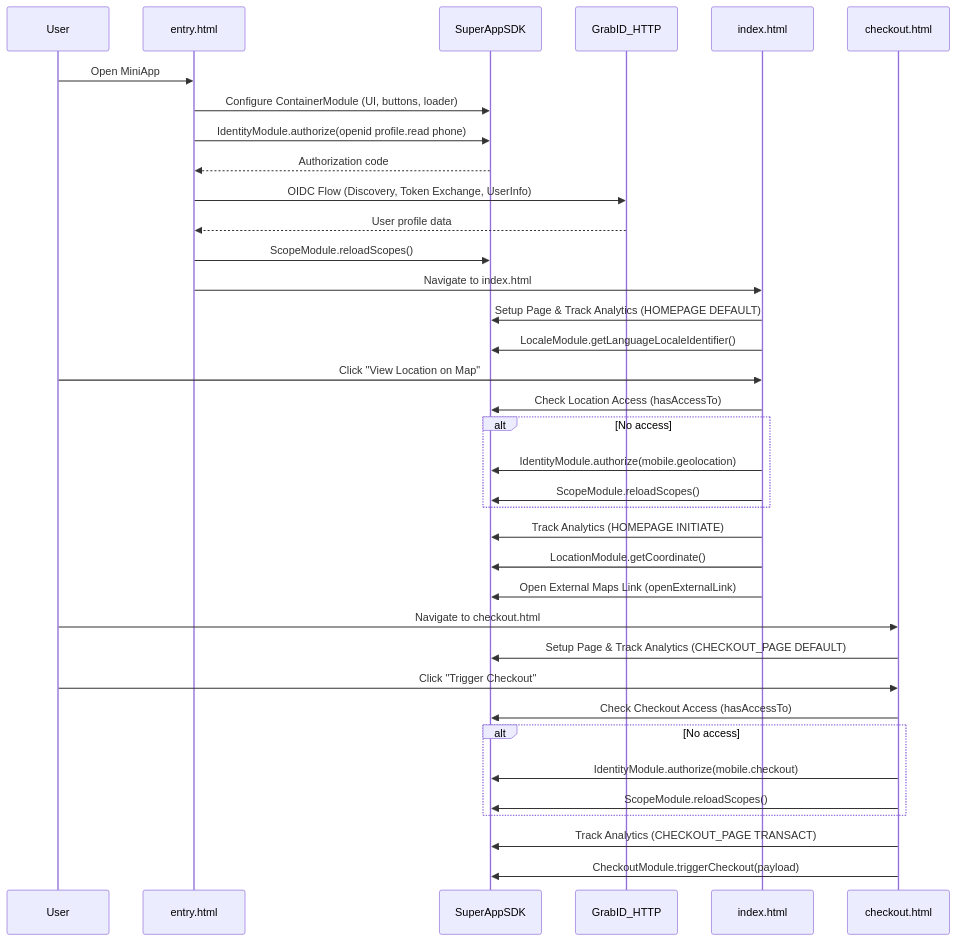
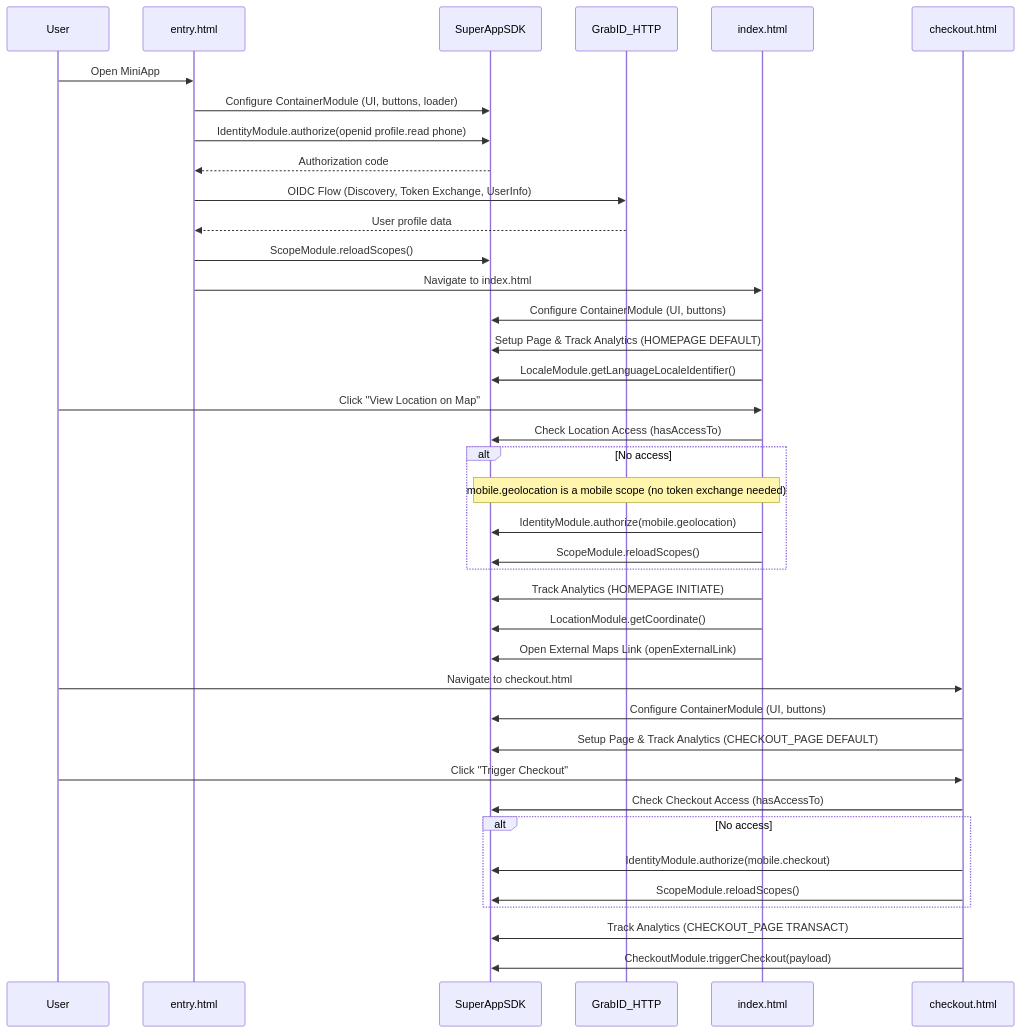
The diagram in demo/cdn/README.md (grab/superapp-sdk), drawn with Mermaid before and after one commit. The commit also changed 6 other files, not shown here.

````diff
--- a/demo/cdn/README.md
+++ b/demo/cdn/README.md
@@ -22,41 +22,44 @@
 ```mermaid
 sequenceDiagram
     participant User
     participant Entry as entry.html
     participant SDK as SuperAppSDK
     participant OIDC as GrabID_HTTP
     participant Home as index.html
     participant Checkout as checkout.html
 
     User->>Entry: Open MiniApp
     Entry->>SDK: Configure ContainerModule (UI, buttons, loader)
     Entry->>SDK: IdentityModule.authorize(openid profile.read phone)
     SDK-->>Entry: Authorization code
     Entry->>OIDC: OIDC Flow (Discovery, Token Exchange, UserInfo)
     OIDC-->>Entry: User profile data
     Entry->>SDK: ScopeModule.reloadScopes()
     Entry->>Home: Navigate to index.html
 
+    Home->>SDK: Configure ContainerModule (UI, buttons)
     Home->>SDK: Setup Page & Track Analytics (HOMEPAGE DEFAULT)
     Home->>SDK: LocaleModule.getLanguageLocaleIdentifier()
     User->>Home: Click "View Location on Map"
     Home->>SDK: Check Location Access (hasAccessTo)
     alt No access
+        Note over Home,SDK: mobile.geolocation is a mobile scope (no token exchange needed)
         Home->>SDK: IdentityModule.authorize(mobile.geolocation)
         Home->>SDK: ScopeModule.reloadScopes()
     end
     Home->>SDK: Track Analytics (HOMEPAGE INITIATE)
     Home->>SDK: LocationModule.getCoordinate()
     Home->>SDK: Open External Maps Link (openExternalLink)
 
     User->>Checkout: Navigate to checkout.html
+    Checkout->>SDK: Configure ContainerModule (UI, buttons)
     Checkout->>SDK: Setup Page & Track Analytics (CHECKOUT_PAGE DEFAULT)
     User->>Checkout: Click "Trigger Checkout"
     Checkout->>SDK: Check Checkout Access (hasAccessTo)
     alt No access
         Checkout->>SDK: IdentityModule.authorize(mobile.checkout)
         Checkout->>SDK: ScopeModule.reloadScopes()
     end
     Checkout->>SDK: Track Analytics (CHECKOUT_PAGE TRANSACT)
     Checkout->>SDK: CheckoutModule.triggerCheckout(payload)
 ```
````
